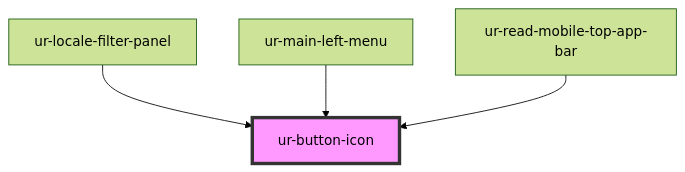
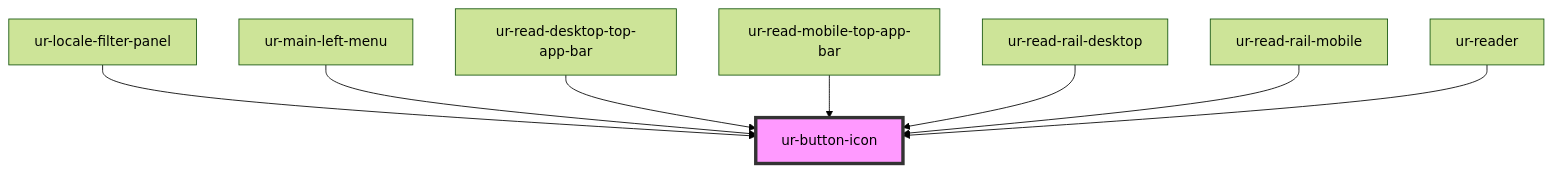
The diagram in src/components/ur-button-icon/readme.md (hellish/urnovl-web-components), drawn with Mermaid (forest theme) before and after one commit. The commit also changed other lines of this file and 19 other files, not shown here.

````diff
--- a/src/components/ur-button-icon/readme.md
+++ b/src/components/ur-button-icon/readme.md
@@ -29,7 +33,11 @@
 ```mermaid
 graph TD;
   ur-locale-filter-panel --> ur-button-icon
   ur-main-left-menu --> ur-button-icon
+  ur-read-desktop-top-app-bar --> ur-button-icon
   ur-read-mobile-top-app-bar --> ur-button-icon
+  ur-read-rail-desktop --> ur-button-icon
+  ur-read-rail-mobile --> ur-button-icon
+  ur-reader --> ur-button-icon
   style ur-button-icon fill:#f9f,stroke:#333,stroke-width:4px
 ```
````
